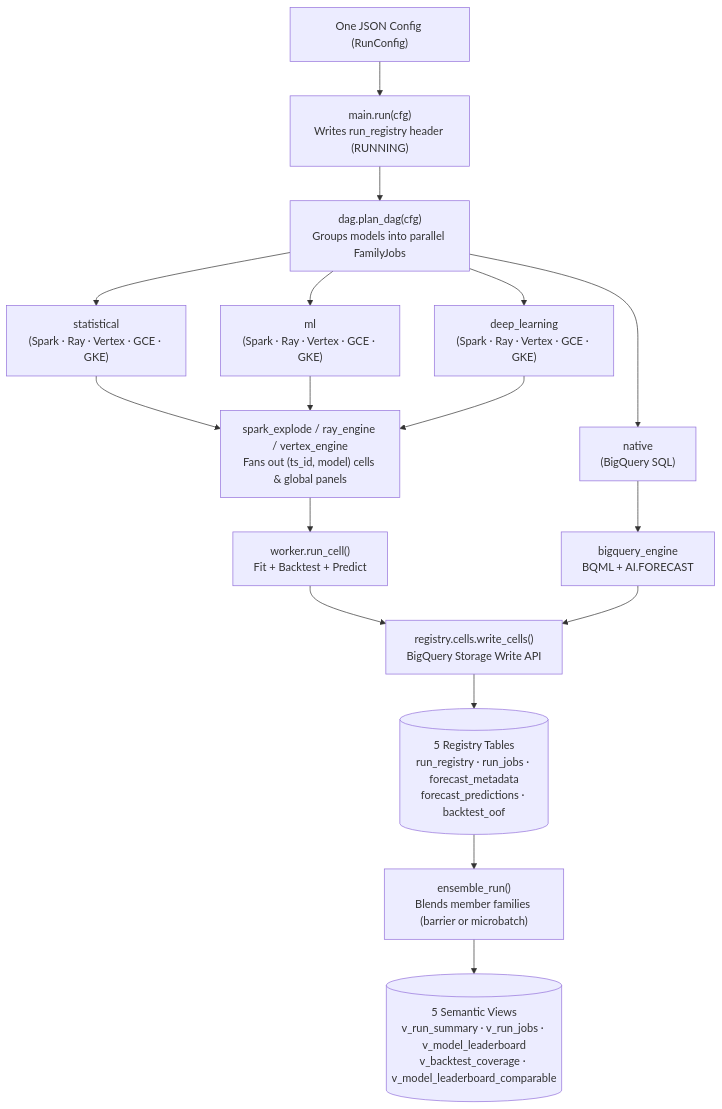
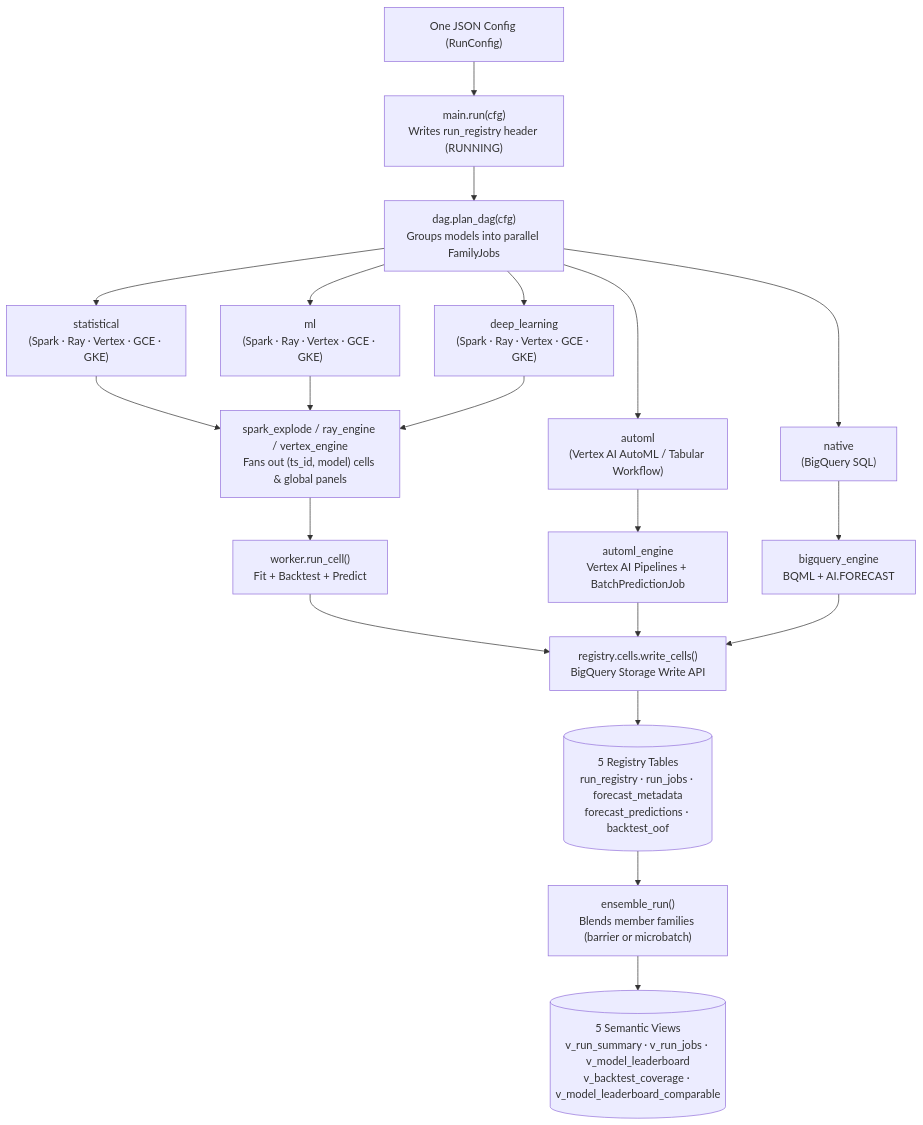
The first of 2 diagrams in docs/architecture.md (statmike/scale-forecasting), drawn with Mermaid before and after one commit. The commit also changed other lines of this file and 102 other files, not shown here.

Commit message:
feat(automl,explainability): add Vertex AI AutoML & Tabular Workflows (vertex_l2l, vertex_tide, vertex_tft, vertex_seq2seq), Two-Tier Feature Attributions, and repo-wide docs

````diff
--- a/docs/architecture.md
+++ b/docs/architecture.md
@@ -32,20 +32,22 @@
 ```mermaid
 flowchart TD
-    Cfg["One JSON Config (RunConfig)"] --> Main["main.run(cfg)\nWrites run_registry header (RUNNING)"]
-    Main --> Plan["dag.plan_dag(cfg)\nGroups models into parallel FamilyJobs"]
+    Cfg["One JSON Config (RunConfig)"] --> Main["main.run(cfg)<br/>Writes run_registry header (RUNNING)"]
+    Main --> Plan["dag.plan_dag(cfg)<br/>Groups models into parallel FamilyJobs"]
 
-    Plan --> Stat["statistical\n(Spark · Ray · Vertex · GCE · GKE)"]
-    Plan --> ML["ml\n(Spark · Ray · Vertex · GCE · GKE)"]
-    Plan --> DL["deep_learning\n(Spark · Ray · Vertex · GCE · GKE)"]
-    Plan --> Nat["native\n(BigQuery SQL)"]
+    Plan --> Stat["statistical<br/>(Spark · Ray · Vertex · GCE · GKE)"]
+    Plan --> ML["ml<br/>(Spark · Ray · Vertex · GCE · GKE)"]
+    Plan --> DL["deep_learning<br/>(Spark · Ray · Vertex · GCE · GKE)"]
+    Plan --> AutoML["automl<br/>(Vertex AI AutoML / Tabular Workflow)"]
+    Plan --> Nat["native<br/>(BigQuery SQL)"]
 
-    Stat & ML & DL --> Engine["spark_explode / ray_engine / vertex_engine\nFans out (ts_id, model) cells & global panels"]
-    Engine --> Cell["worker.run_cell()\nFit + Backtest + Predict"]
-    Nat --> BQEng["bigquery_engine\nBQML + AI.FORECAST"]
+    Stat & ML & DL --> Engine["spark_explode / ray_engine / vertex_engine<br/>Fans out (ts_id, model) cells & global panels"]
+    Engine --> Cell["worker.run_cell()<br/>Fit + Backtest + Predict"]
+    AutoML --> AutoMLEng["automl_engine<br/>Vertex AI Pipelines + BatchPredictionJob"]
+    Nat --> BQEng["bigquery_engine<br/>BQML + AI.FORECAST"]
 
-    Cell & BQEng --> Write["registry.cells.write_cells()\nBigQuery Storage Write API"]
-    Write --> Tables[("5 Registry Tables\nrun_registry · run_jobs · forecast_metadata\nforecast_predictions · backtest_oof")]
+    Cell & AutoMLEng & BQEng --> Write["registry.cells.write_cells()<br/>BigQuery Storage Write API"]
+    Write --> Tables[("5 Registry Tables<br/>run_registry · run_jobs · forecast_metadata<br/>forecast_predictions · backtest_oof")]
 
-    Tables --> Ens["ensemble_run()\nBlends member families (barrier or microbatch)"]
-    Ens --> Views[("5 Semantic Views\nv_run_summary · v_run_jobs · v_model_leaderboard\nv_backtest_coverage · v_model_leaderboard_comparable")]
+    Tables --> Ens["ensemble_run()<br/>Blends member families (barrier or microbatch)"]
+    Ens --> Views[("5 Semantic Views<br/>v_run_summary · v_run_jobs · v_model_leaderboard<br/>v_backtest_coverage · v_model_leaderboard_comparable")]
 ```
````
